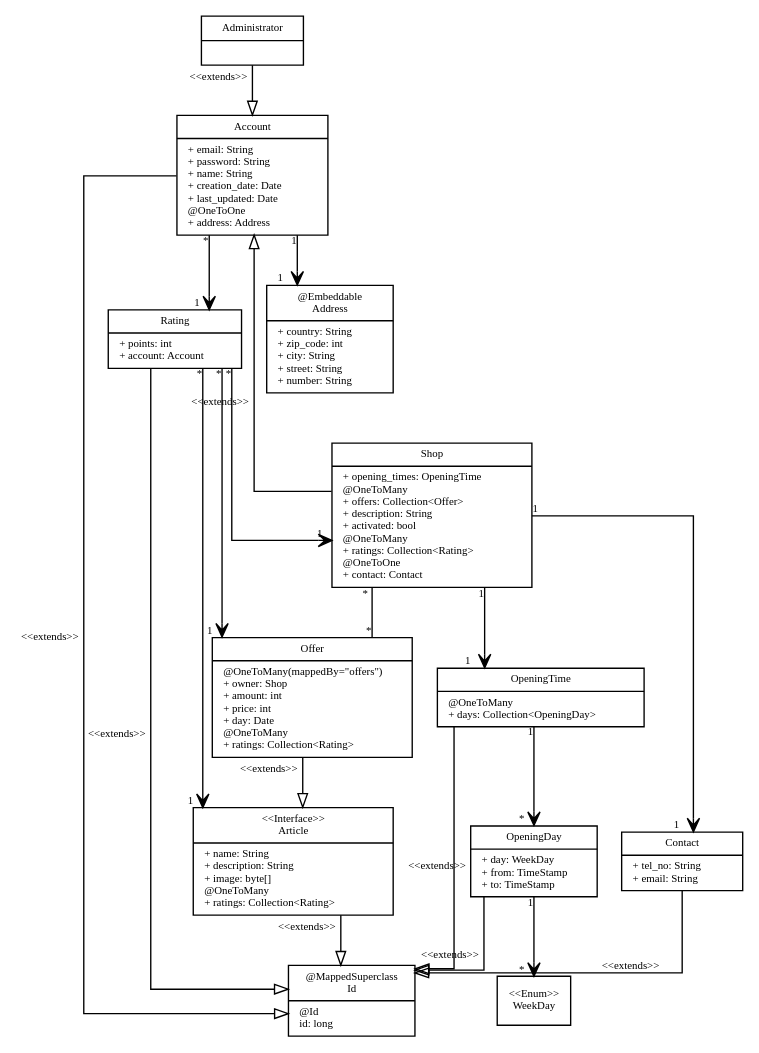
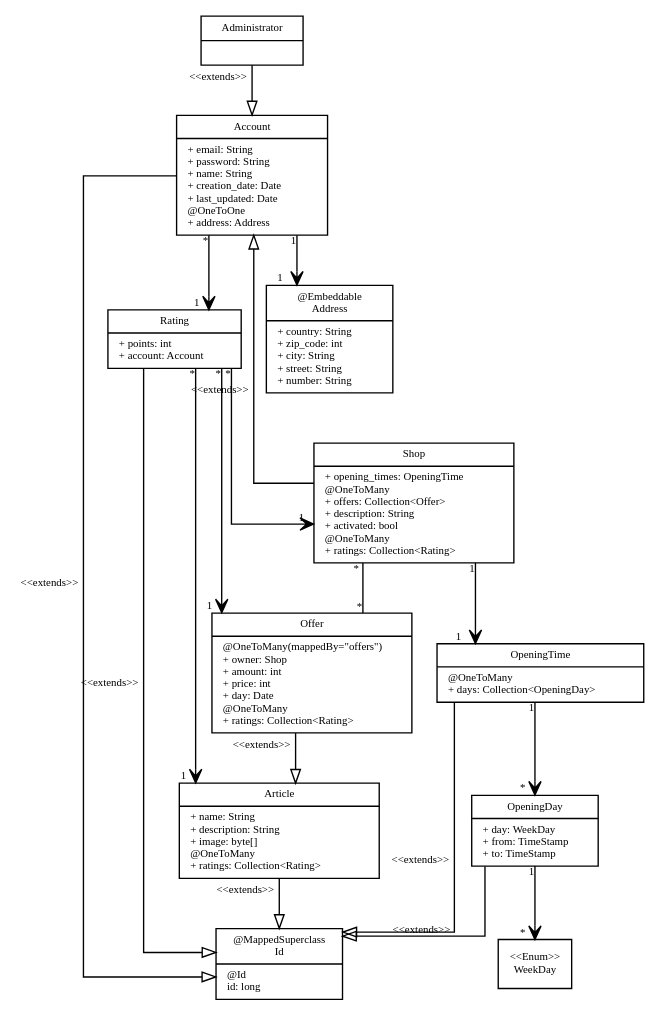
The diagram in docs/tidli.dot (vbrandl/tidli), drawn with Graphviz before and after one commit. The commit also changed 18 other files, not shown here.

```diff
--- a/docs/tidli.dot
+++ b/docs/tidli.dot
@@ -1,174 +1,161 @@
 digraph G {
 	graph [ splines=ortho ]
 	fontname = "Inconsolata"
 	fontsize = 8
 
 	node [
 		fontname = "Inconsolata"
 		fontsize = 8
 		shape = "record"
 	]
 
 	edge [
 		fontname = "Inconsolata"
 		fontsize = 8
 	]
 
 	Id [
 		label = "{@MappedSuperclass\n
 			Id|
 			@Id\l
 			id: long\l
 			}"
 	]
 
 	{
 		edge [ arrowhead=empty xlabel="<<extends>>" ]
 		Account -> Id
 		Article -> Id
 		OpeningTime -> Id
 		OpeningDay -> Id
 		Rating -> Id
-		Contact -> Id
 	}
 
 	Account [
 		label = "{
 			Account|
 			+ email: String\l
 			+ password: String\l
 			+ name: String\l
 			+ creation_date: Date\l
 			+ last_updated: Date\l
 			@OneToOne\l
 			+ address: Address\l
-		}"
-	]
-
-	Contact [
-		label = "{
-			Contact|
-			+ tel_no: String\l
-			+ email: String\l
 		}"
 	]
 
 	Rating [
 		label = "{
 			Rating|
 			+ points: int\l
 			+ account: Account\l
 		}"
 	]
 
 	Shop [
 		label = "{Shop|
 			+ opening_times: OpeningTime\l
 			@OneToMany\l
 			+ offers: Collection\<Offer\>\l
 			+ description: String\l
 			+ activated: bool\l
 			@OneToMany\l
 			+ ratings: Collection\<Rating\>\l
-			@OneToOne\l
-			+ contact: Contact\l
 			}"
 	]
 
 		/* User [ */
 		/* 	label = "{User| */
 		/* 	+ address: Address\l */
 		/* 	}" */
 		/* ] */
 
 	OpeningTime [
 		label = "{OpeningTime|
 			@OneToMany\l
 			+ days: Collection\<OpeningDay\>\l
 			}"
 	]
 
 	OpeningDay [
 		label = "{OpeningDay|
 			+ day: WeekDay\l
 			+ from: TimeStamp\l
 			+ to: TimeStamp\l
 			}"
 	]
 
 	WeekDay [
 		label ="{\<\<Enum\>\>\n
 			WeekDay
 			}"
 	]
 
 	Address [
 		label = "{@Embeddable\n
 			Address|
 			+ country: String\l
 			+ zip_code: int\l
 			+ city: String\l
 			+ street: String\l
 			+ number: String\l
 			}"
 	]
 
 	Administrator [
 		label = "{Administrator|}"
 	]
 
 	Article [
-		label = "{\<\<Interface\>\>\n
-			Article|
+		label = "{Article|
 			+ name: String\l
 			+ description: String\l
 			+ image: byte[]\l
 			@OneToMany\l
 			+ ratings: Collection\<Rating\>\l
 			}"
 	]
 
 	Offer [
 		label = "{Offer|
 			@OneToMany(mappedBy=\"offers\")\l
 			+ owner: Shop\l
 			+ amount: int\l
 			+ price: int\l
 			+ day: Date\l
 			@OneToMany\l
 			+ ratings: Collection\<Rating\>\l
 			}"
 	]
 
 	{
 		edge [ arrowhead=empty xlabel="<<extends>>" ]
 		Shop -> Account
 		Administrator -> Account
 		Offer -> Article
 	}
 	{
 		edge [ arrowhead=vee taillabel="1" headlabel="*  " ]
 		OpeningDay -> WeekDay
 		OpeningTime -> OpeningDay
 	}
 	{
 		edge [ arrowhead=vee taillabel="*" headlabel="1  "]
 		Rating -> Shop
 		Rating -> Offer
 		Rating -> Article
 		Account -> Rating
 	}
 	{
 		edge [ arrowhead=vee taillabel="1" headlabel="1   " ]
 		Shop -> OpeningTime
 		Account -> Address
-		Shop -> Contact
 	}
 	{
 		edge [ dir=none taillabel="* " headlabel = "*"]
 		Shop -> Offer [
 			/* taillabel="* \nofferingShop" */
 			/* headlabel="*\nofferedArticles" */
 		]
 	}
 }
```
